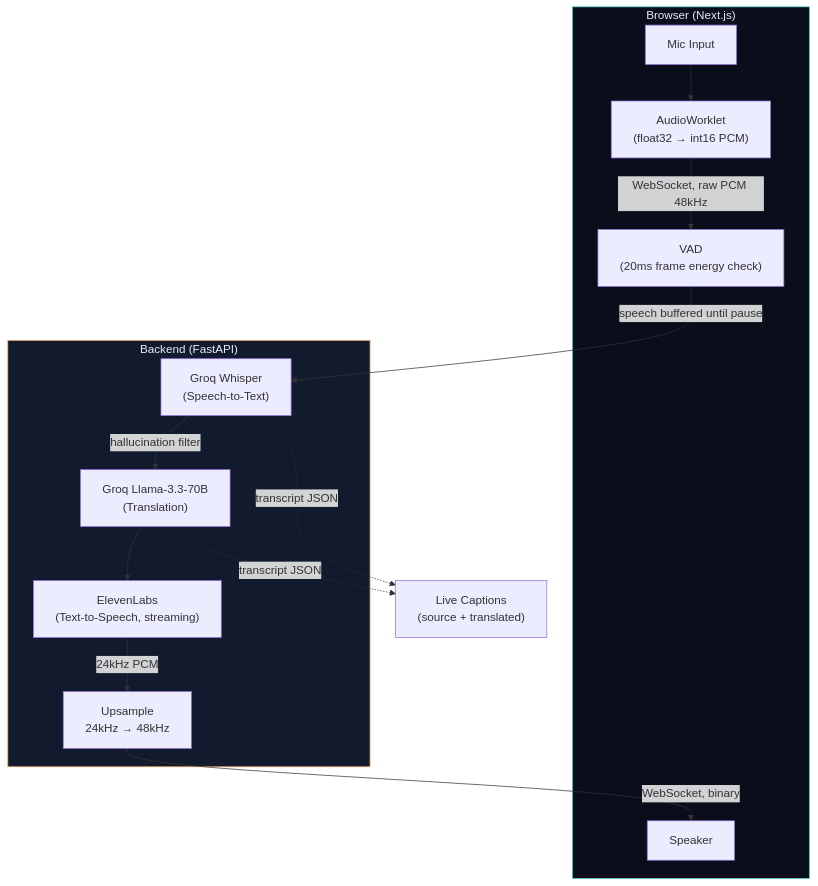
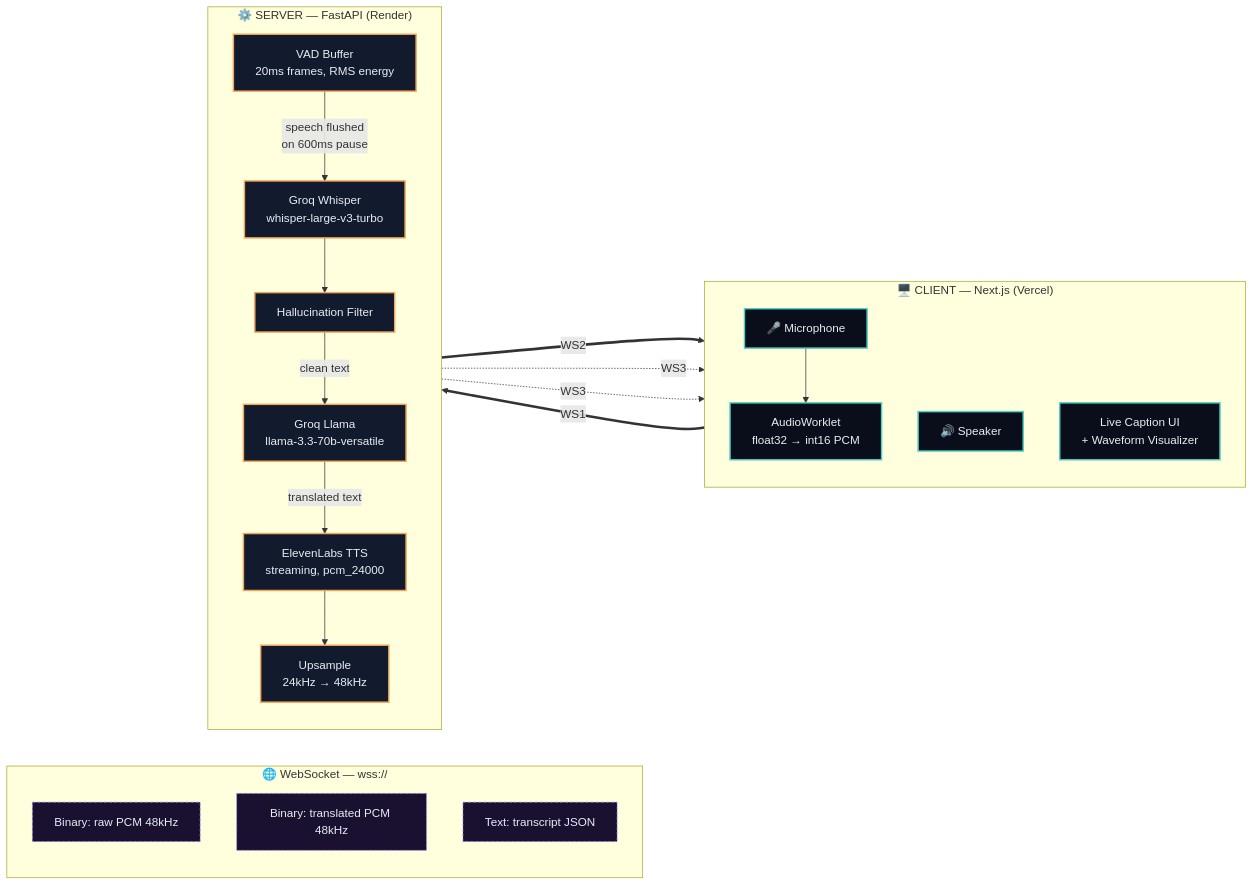
Before and after one commit to Akgithub2028/Real-Time-AI-Voice-Translator: the diagram in README.md, drawn with Mermaid. The commit also changed other lines of this file, not shown here.

Commit message:
Improve architecture diagram and add deployment details

````diff
--- a/README.md
+++ b/README.md
@@ -18,22 +22,48 @@
 ```mermaid
-flowchart TD
-    subgraph Browser["Browser (Next.js)"]
-        A[Mic Input] --> B["AudioWorklet<br/>(float32 → int16 PCM)"]
-        B -->|WebSocket, raw PCM 48kHz| C
-        H[Speaker] 
+flowchart LR
+    subgraph Client["🖥️ CLIENT — Next.js (Vercel)"]
+        direction TB
+        Mic["🎤 Microphone"]
+        Worklet["AudioWorklet<br/>float32 → int16 PCM"]
+        Speaker["🔊 Speaker"]
+        UI["Live Caption UI<br/>+ Waveform Visualizer"]
+
+        Mic --> Worklet
     end
 
-    subgraph Backend["Backend (FastAPI)"]
-        C["VAD<br/>(20ms frame energy check)"] -->|speech buffered until pause| D["Groq Whisper<br/>(Speech-to-Text)"]
-        D -->|hallucination filter| E["Groq Llama-3.3-70B<br/>(Translation)"]
-        E --> F["ElevenLabs<br/>(Text-to-Speech, streaming)"]
-        F -->|24kHz PCM| G["Upsample<br/>24kHz → 48kHz"]
+    subgraph Network["🌐 WebSocket — wss://"]
+        direction TB
+        WS1["Binary: raw PCM 48kHz"]
+        WS2["Binary: translated PCM 48kHz"]
+        WS3["Text: transcript JSON"]
     end
 
-    G -->|WebSocket, binary| H
-    D -.->|transcript JSON| I["Live Captions<br/>(source + translated)"]
-    E -.->|transcript JSON| I
+    subgraph Server["⚙️ SERVER — FastAPI (Render)"]
+        direction TB
+        VAD["VAD Buffer<br/>20ms frames, RMS energy"]
+        STT["Groq Whisper<br/>whisper-large-v3-turbo"]
+        Filter["Hallucination Filter"]
+        MT["Groq Llama<br/>llama-3.3-70b-versatile"]
+        TTS["ElevenLabs TTS<br/>streaming, pcm_24000"]
+        Upsample["Upsample<br/>24kHz → 48kHz"]
 
-    style Browser fill:#0a0e1a,stroke:#4fd1c5,color:#e8ecf4
-    style Backend fill:#121a2e,stroke:#f2a65a,color:#e8ecf4
+        VAD -->|"speech flushed<br/>on 600ms pause"| STT
+        STT --> Filter
+        Filter -->|"clean text"| MT
+        MT -->|"translated text"| TTS
+        TTS --> Upsample
+    end
+
+    Worklet ==>|WS1| VAD
+    Upsample ==>|WS2| Speaker
+    Filter -.->|WS3| UI
+    MT -.->|WS3| UI
+
+    classDef client fill:#0a0e1a,stroke:#4fd1c5,stroke-width:2px,color:#e8ecf4
+    classDef server fill:#121a2e,stroke:#f2a65a,stroke-width:2px,color:#e8ecf4
+    classDef network fill:#1a1030,stroke:#a78bfa,stroke-width:1px,color:#e8ecf4,stroke-dasharray: 4 3
+
+    class Mic,Worklet,Speaker,UI client
+    class VAD,STT,Filter,MT,TTS,Upsample server
+    class WS1,WS2,WS3 network
 ```
````
